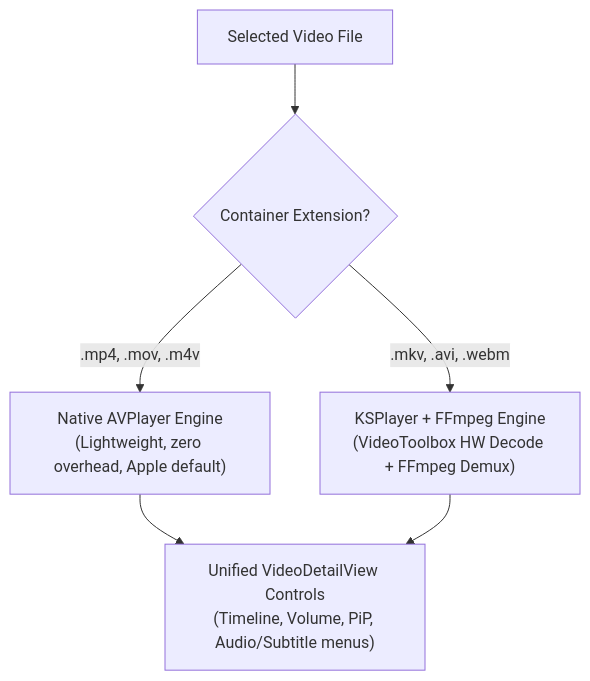
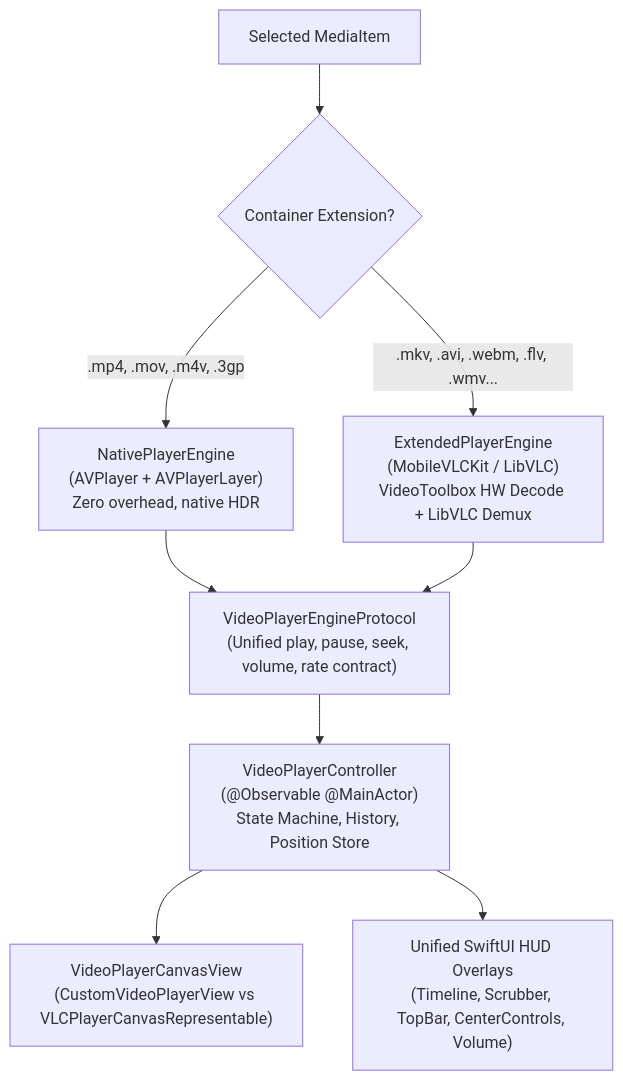
Before and after one commit to NivekAlunya/com.acme.ios.fichier: the diagram in feature_more_codec.md, drawn with Mermaid. The commit also changed other lines of this file and 21 other files, not shown here.

First line of the commit message:
feat(player): add hybrid dual-engine video playback with MobileVLCKit

````diff
--- a/feature_more_codec.md
+++ b/feature_more_codec.md
@@ -37,9 +36,15 @@
 ```mermaid
 flowchart TD
-    VideoFile["Selected Video File"] --> CheckExt{"Container Extension?"}
-    CheckExt -- ".mp4, .mov, .m4v" --> NativeEngine["Native AVPlayer Engine\n(Lightweight, zero overhead, Apple default)"]
-    CheckExt -- ".mkv, .avi, .webm" --> KSPlayerEngine["KSPlayer + FFmpeg Engine\n(VideoToolbox HW Decode + FFmpeg Demux)"]
+    File["Selected MediaItem"] --> Route{"Container Extension?"}
     
-    NativeEngine --> CommonUI["Unified VideoDetailView Controls\n(Timeline, Volume, PiP, Audio/Subtitle menus)"]
-    KSPlayerEngine --> CommonUI
+    Route -- ".mp4, .mov, .m4v, .3gp" --> Native["NativePlayerEngine\n(AVPlayer + AVPlayerLayer)\nZero overhead, native HDR"]
+    Route -- ".mkv, .avi, .webm, .flv, .wmv..." --> Extended["ExtendedPlayerEngine\n(MobileVLCKit / LibVLC)\nVideoToolbox HW Decode + LibVLC Demux"]
+    
+    Native --> Protocol["VideoPlayerEngineProtocol\n(Unified play, pause, seek, volume, rate contract)"]
+    Extended --> Protocol
+    
+    Protocol --> Controller["VideoPlayerController\n(@Observable @MainActor)\nState Machine, History, Position Store"]
+    
+    Controller --> Canvas["VideoPlayerCanvasView\n(CustomVideoPlayerView vs VLCPlayerCanvasRepresentable)"]
+    Controller --> HUD["Unified SwiftUI HUD Overlays\n(Timeline, Scrubber, TopBar, CenterControls, Volume)"]
 ```
````
